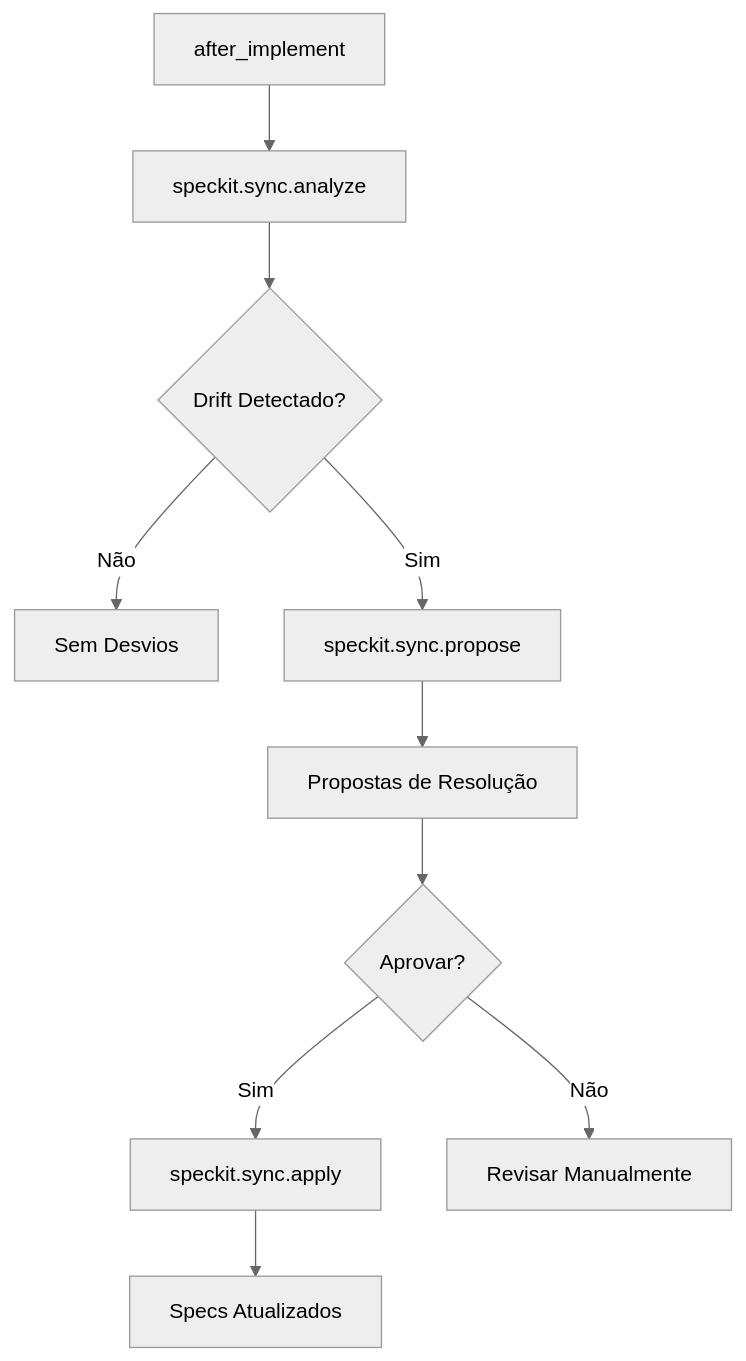
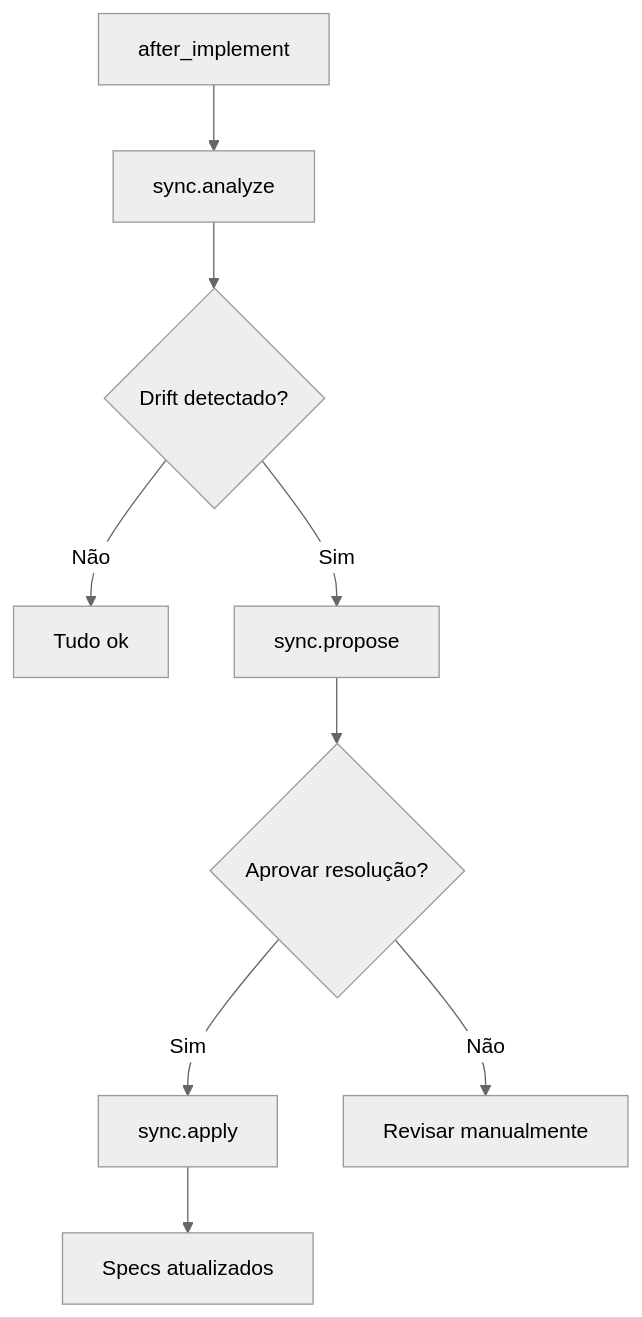
One commit to wagner-sousa/spec-kit-docker changed the seventh of 9 diagrams in README.md. Above: the diagram before and after it, drawn with Mermaid (neutral theme). The commit also changed other lines of this file, not shown here.

````diff
--- a/README.md
+++ b/README.md
@@ -207,13 +175,11 @@
 ```mermaid
 graph TD
-    A[after_implement] --> B[speckit.sync.analyze]
-    B --> C{Drift Detectado?}
-
-    C -->|Não| D[Sem Desvios]
-    C -->|Sim| E[speckit.sync.propose]
-    E --> F[Propostas de Resolução]
-    F --> G{Aprovar?}
-    G -->|Sim| H[speckit.sync.apply]
-    G -->|Não| I[Revisar Manualmente]
-    H --> J[Specs Atualizados]
+    A[after_implement] --> B[sync.analyze]
+    B --> C{Drift detectado?}
+    C -->|Não| D[Tudo ok]
+    C -->|Sim| E[sync.propose]
+    E --> F{Aprovar resolução?}
+    F -->|Sim| G[sync.apply]
+    F -->|Não| H[Revisar manualmente]
+    G --> I[Specs atualizados]
 ```
````
